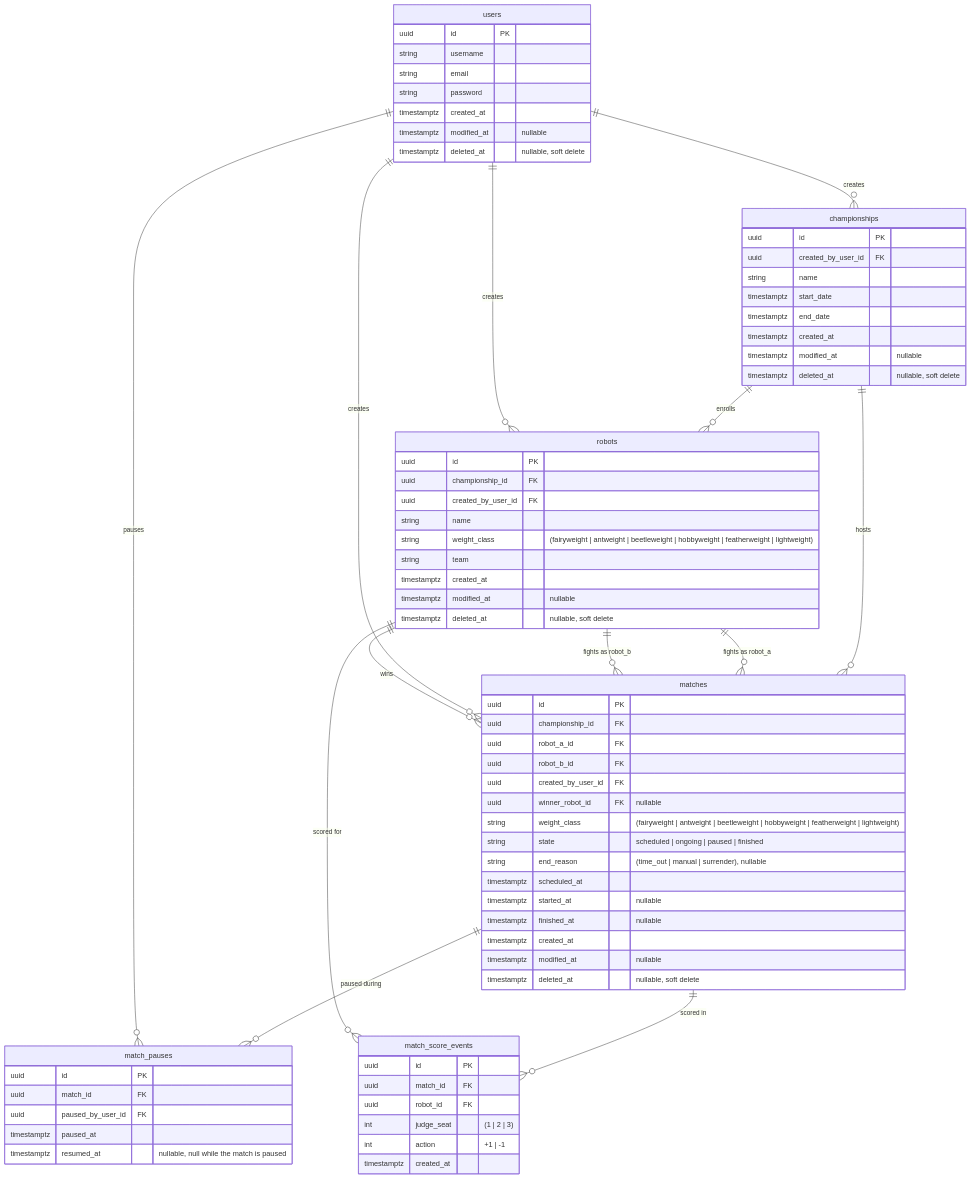
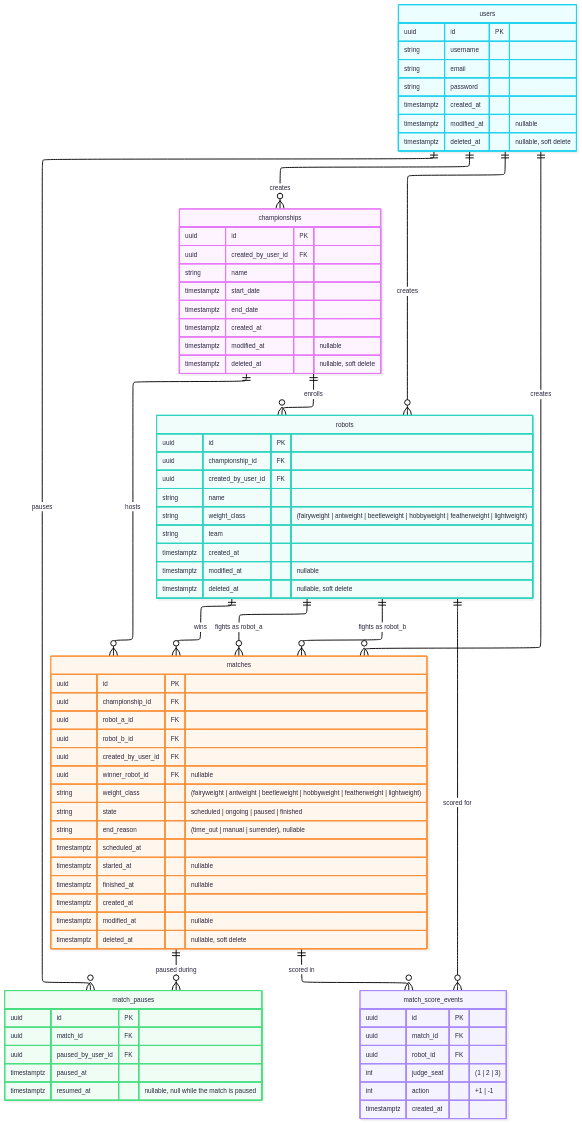
Before and after one commit to UTFPR-Oficinas-2/crossliseu: the diagram in docs/database-model.md, drawn with Mermaid.

````diff
--- a/docs/database-model.md
+++ b/docs/database-model.md
@@ -11,9 +11,9 @@
 ```mermaid
 ---
 config:
-  theme: default
-  look: classic
-  layout: dagre
+  theme: redux-color
+  look: neo
+  layout: elk
 ---
 erDiagram
   championships ||--o{ robots : "enrolls"
````
